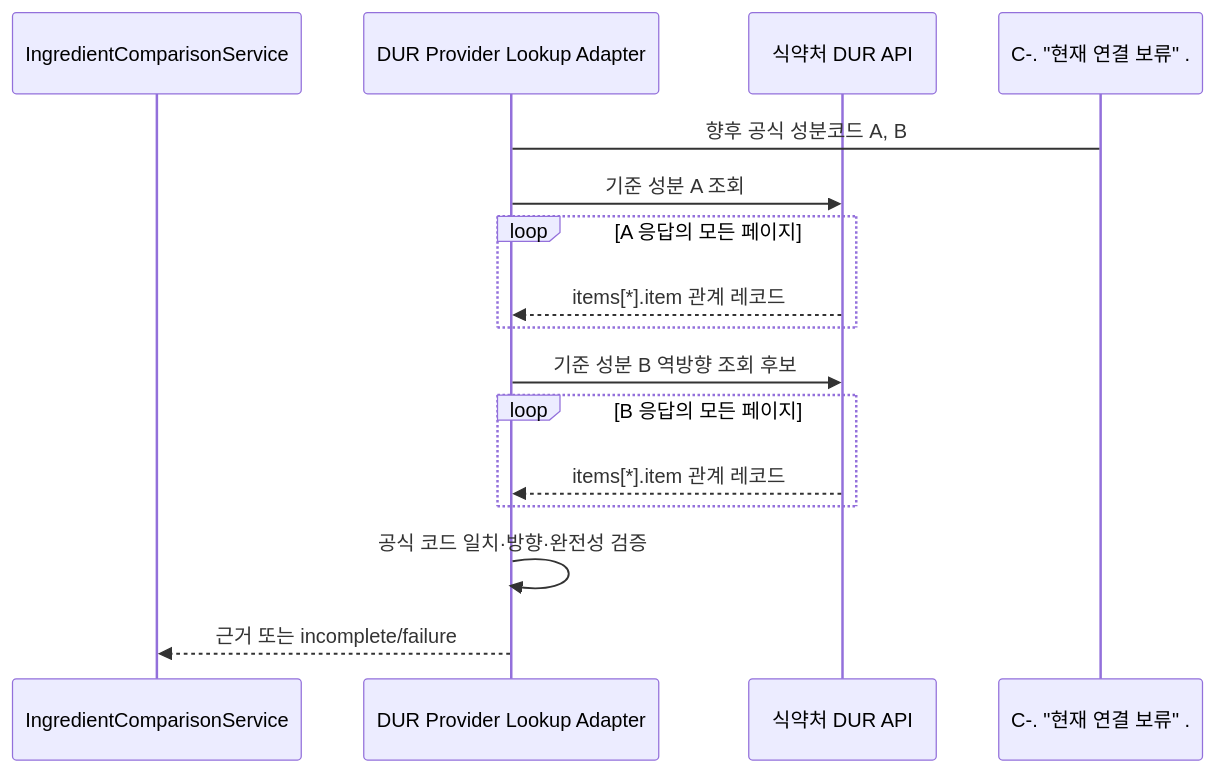
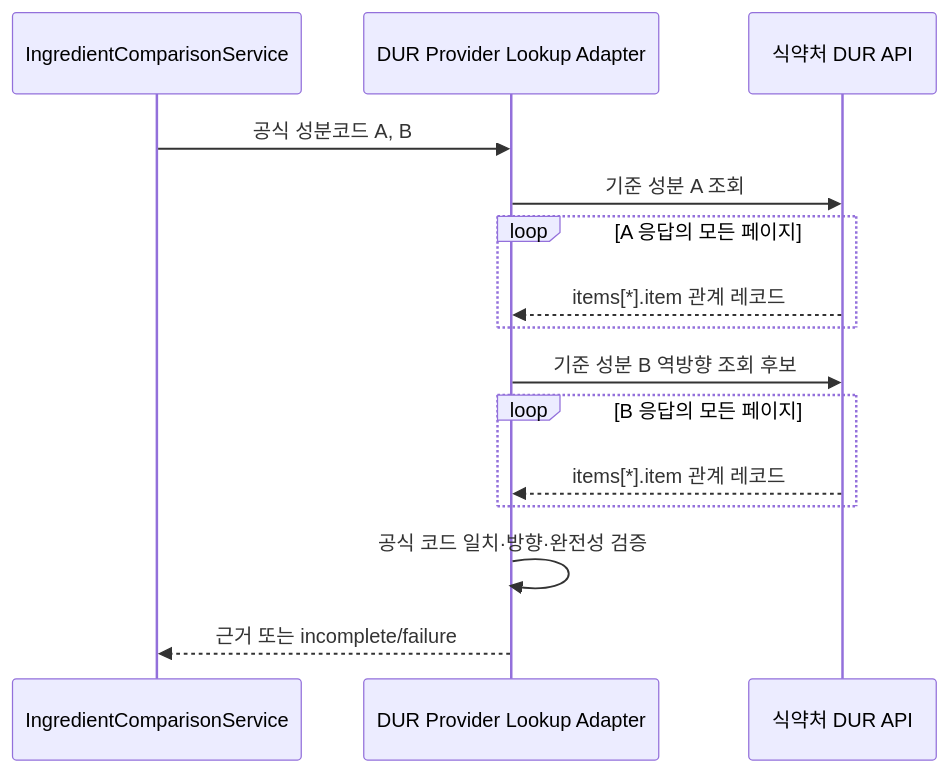
The fifth of 5 diagrams in backend/docs/architecture.md (tmdrua02/AX_Hackathon_Caviar), drawn with Mermaid before and after one commit. The commit also changed other lines of this file and 70 other files, not shown here.

````diff
--- a/backend/docs/architecture.md
+++ b/backend/docs/architecture.md
@@ -161,18 +176,18 @@
 ```mermaid
 sequenceDiagram
     participant C as IngredientComparisonService
     participant D as DUR Provider Lookup Adapter
     participant P as 식약처 DUR API
 
-    C-. "현재 연결 보류" .->D: 향후 공식 성분코드 A, B
+    C->>D: 공식 성분코드 A, B
     D->>P: 기준 성분 A 조회
     loop A 응답의 모든 페이지
         P-->>D: items[*].item 관계 레코드
     end
     D->>P: 기준 성분 B 역방향 조회 후보
     loop B 응답의 모든 페이지
         P-->>D: items[*].item 관계 레코드
     end
     D->>D: 공식 코드 일치·방향·완전성 검증
     D-->>C: 근거 또는 incomplete/failure
 ```
````
